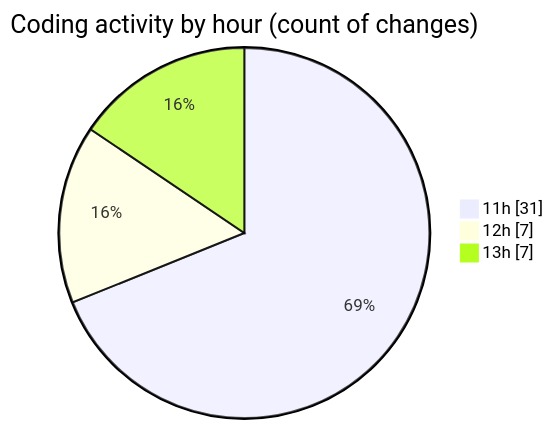
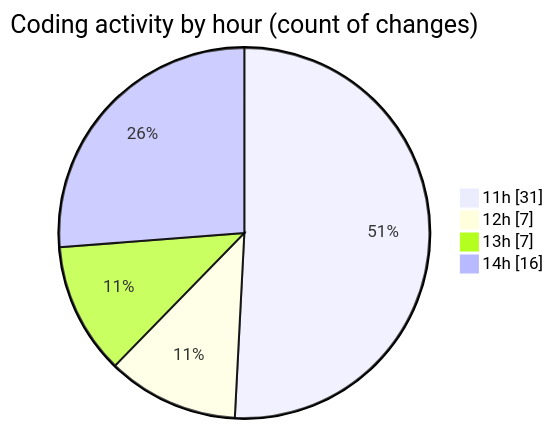
The second of 2 diagrams in 2025-07-23/nxtqube_webapp/README.md (nxtqubesakshisongat/code-tracking), drawn with Mermaid before and after one commit. The commit also changed other lines of this file and 1 other file, not shown here.

````diff
--- a/2025-07-23/nxtqube_webapp/README.md
+++ b/2025-07-23/nxtqube_webapp/README.md
@@ -34,7 +43,8 @@
 ```mermaid
 pie showData
 title Coding activity by hour (count of changes)
 "11h" : 31
 "12h" : 7
 "13h" : 7
+"14h" : 16
 ```
````
